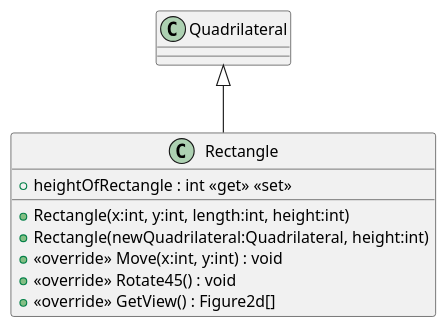
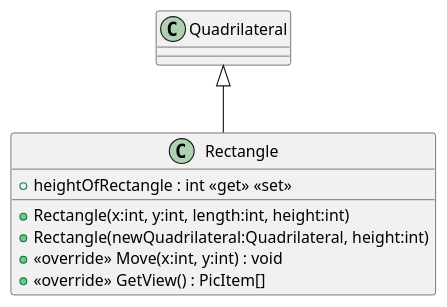
One commit to 19vano97/levelUpOOP changed the diagram in plantuml/20240701_HW_Inheritence/Retangle.puml. Above: the diagram before and after it, drawn with PlantUML. The commit also changed 32 other files, not shown here.

```diff
--- a/plantuml/20240701_HW_Inheritence/Retangle.puml
+++ b/plantuml/20240701_HW_Inheritence/Retangle.puml
@@ -1,11 +1,10 @@
 @startuml
 class Rectangle {
     + Rectangle(x:int, y:int, length:int, height:int)
     + Rectangle(newQuadrilateral:Quadrilateral, height:int)
     + heightOfRectangle : int <<get>> <<set>>
     + <<override>> Move(x:int, y:int) : void
-    + <<override>> Rotate45() : void
-    + <<override>> GetView() : Figure2d[]
+    + <<override>> GetView() : PicItem[]
 }
 Quadrilateral <|-- Rectangle
 @enduml
```
